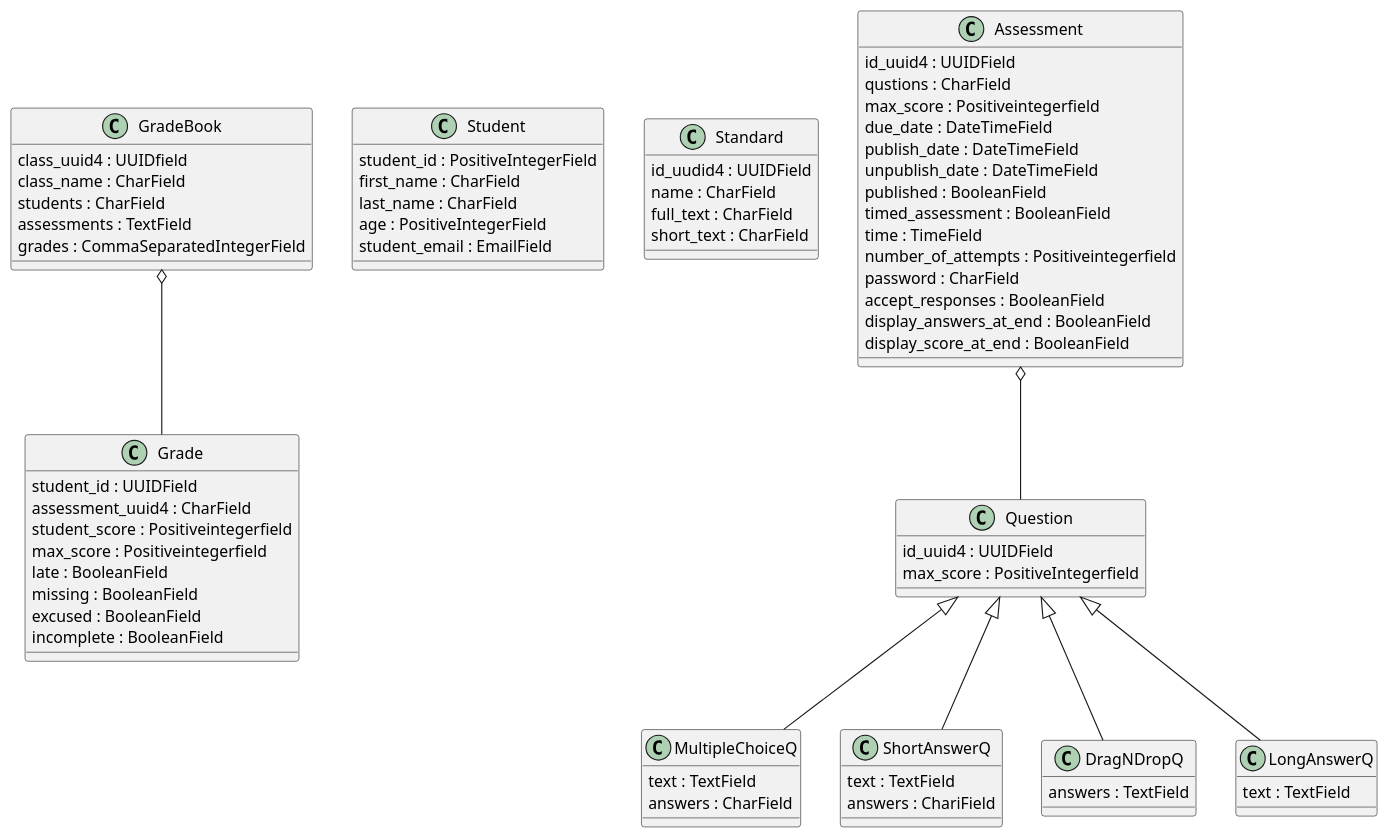
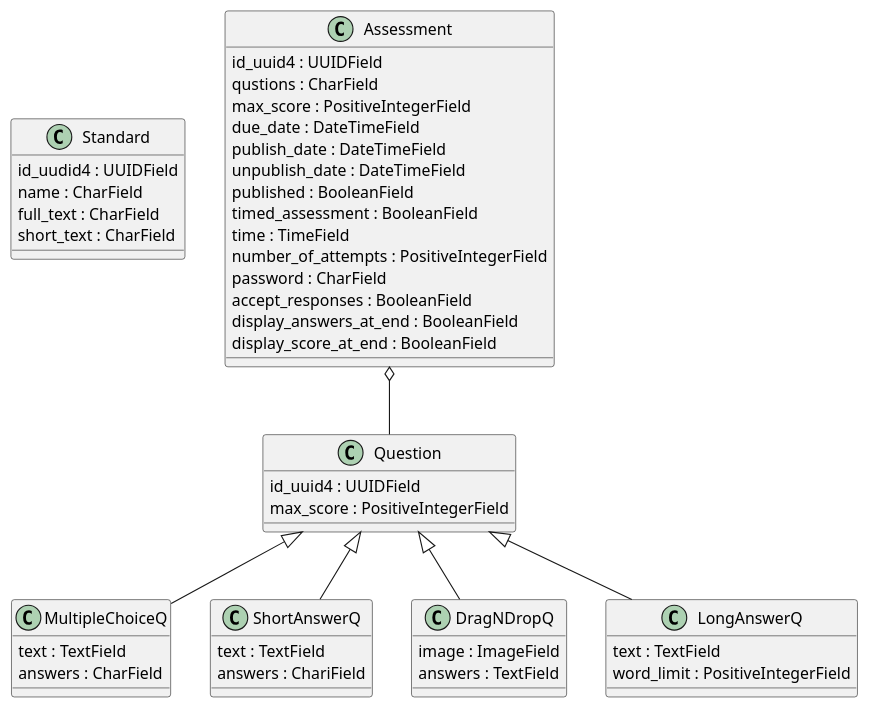
One commit to tfree87/LibreEd changed the third of 3 diagrams in README.org. Above: the diagram before and after it, drawn with PlantUML. The commit also changed other lines of this file and 2 other files, not shown here.

Commit message:
Created models for SIS and updated README.org diagrams

```diff
--- a/README.org
+++ b/README.org
@@ -82,87 +136,60 @@
-#+begin_src plantuml :exports results :file classes.png
-  @startuml
+ #+begin_src plantuml :file ac_classes.png
+   @startuml
 
-  class GradeBook {
-  class_uuid4 : UUIDfield
-  class_name : CharField
-  students : CharField
-  assessments : TextField
-  grades : CommaSeparatedIntegerField
-  }
+   class Standard {
+   id_uudid4 : UUIDField
+   name : CharField
+   full_text : CharField
+   short_text : CharField
+   }
 
-  class Grade {
-  student_id : UUIDField
-  assessment_uuid4 : CharField
-  student_score : Positiveintegerfield
-  max_score : Positiveintegerfield
-  late : BooleanField
-  missing : BooleanField
-  excused : BooleanField
-  incomplete : BooleanField
-  }
+   class Assessment {
+   id_uuid4 : UUIDField
+   qustions : CharField
+   max_score : PositiveIntegerField
+   due_date : DateTimeField
+   publish_date : DateTimeField
+   unpublish_date : DateTimeField
+   published : BooleanField
+   timed_assessment : BooleanField
+   time : TimeField
+   number_of_attempts : PositiveIntegerField
+   password : CharField
+   accept_responses : BooleanField
+   display_answers_at_end : BooleanField
+   display_score_at_end : BooleanField
+   }
 
-  class Student {
-  student_id : PositiveIntegerField
-  first_name : CharField
-  last_name : CharField
-  age : PositiveIntegerField
-  student_email : EmailField
-  }
+   class Question {
+   id_uuid4 : UUIDField
+   max_score : PositiveIntegerField
+   }
 
-  class Standard {
-  id_uudid4 : UUIDField
-  name : CharField
-  full_text : CharField
-  short_text : CharField
-  }
+   class MultipleChoiceQ {
+   text : TextField
+   answers : CharField
+   }
 
-  class Assessment {
-  id_uuid4 : UUIDField
-  qustions : CharField
-  max_score : Positiveintegerfield
-  due_date : DateTimeField
-  publish_date : DateTimeField
-  unpublish_date : DateTimeField
-  published : BooleanField
-  timed_assessment : BooleanField
-  time : TimeField
-  number_of_attempts : Positiveintegerfield
-  password : CharField
-  accept_responses : BooleanField
-  display_answers_at_end : BooleanField
-  display_score_at_end : BooleanField
-  }
+   class ShortAnswerQ {
+   text : TextField
+   answers : ChariField
+   }
 
-  class Question {
-  id_uuid4 : UUIDField
-  max_score : PositiveIntegerfield
-  }
+   class DragNDropQ {
+   image : ImageField
+   answers : TextField
+   }
 
-  class MultipleChoiceQ {
-  text : TextField
-  answers : CharField
-  }
+   class LongAnswerQ {
+   text : TextField
+           word_limit : PositiveIntegerField
+   }
 
-  class ShortAnswerQ {
-  text : TextField
-  answers : ChariField
-  }
+   Assessment o-- Question
+   Question <|-- ShortAnswerQ
+   Question <|-- MultipleChoiceQ
+   Question <|-- DragNDropQ
+   Question <|-- LongAnswerQ
 
-  class DragNDropQ {
-  answers : TextField
-  }
-
-  class LongAnswerQ {
-  text : TextField
-  }
-
-  Assessment o-- Question
-  Question <|-- ShortAnswerQ
-  Question <|-- MultipleChoiceQ
-  Question <|-- DragNDropQ
-  Question <|-- LongAnswerQ
-
-  GradeBook o-- Grade
-
-  @enduml
+   @enduml
 #+end_src
```
